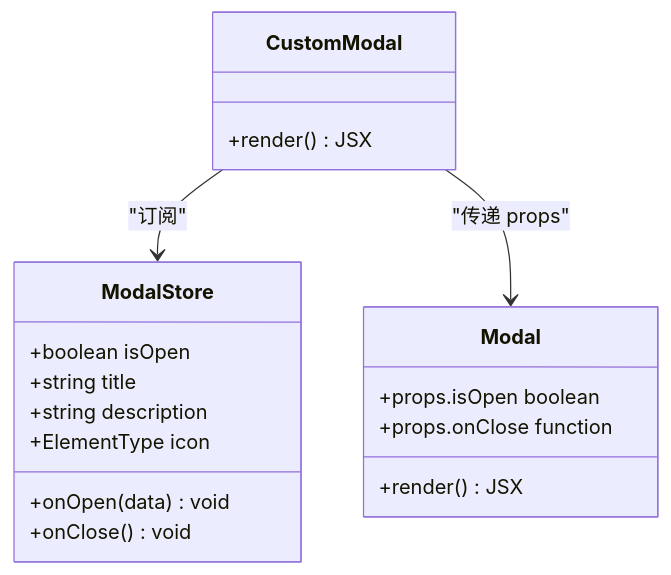
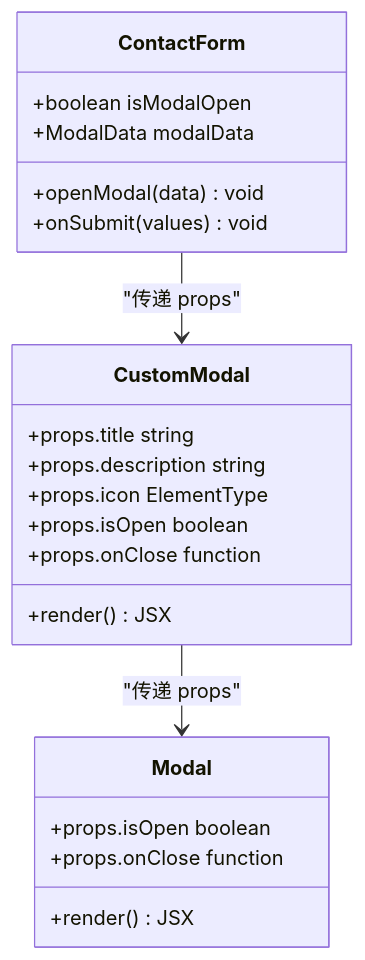
The fourth of 6 diagrams in .qoder/repowiki/zh/content/架构设计/数据流设计/状态管理数据流.md (florianjsun/next-portfolio), drawn with Mermaid before and after one commit. The commit also changed other lines of this file and 49 other files, not shown here.

````diff
--- a/.qoder/repowiki/zh/content/架构设计/数据流设计/状态管理数据流.md
+++ b/.qoder/repowiki/zh/content/架构设计/数据流设计/状态管理数据流.md
@@ -174,21 +162,24 @@
 ```mermaid
 classDiagram
-class ModalStore {
-+boolean isOpen
-+string title
-+string description
-+ElementType icon
-+onOpen(data) void
-+onClose() void
+class ContactForm {
++boolean isModalOpen
++ModalData modalData
++openModal(data) void
++onSubmit(values) void
 }
 class CustomModal {
++props.title string
++props.description string
++props.icon ElementType
++props.isOpen boolean
++props.onClose function
 +render() JSX
 }
 class Modal {
 +props.isOpen boolean
 +props.onClose function
 +render() JSX
 }
-CustomModal --> ModalStore : "订阅"
+ContactForm --> CustomModal : "传递 props"
 CustomModal --> Modal : "传递 props"
 ```
````
